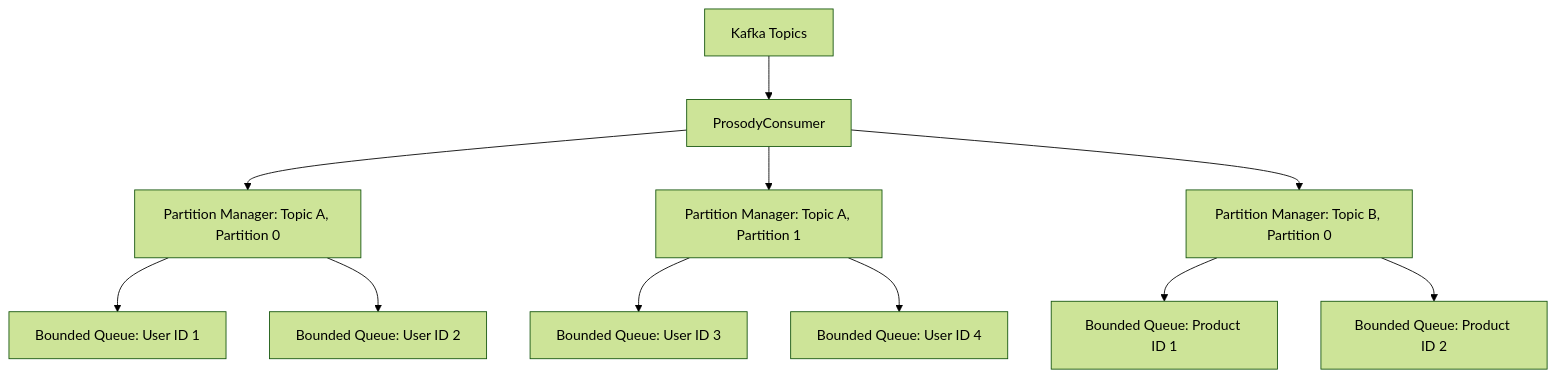
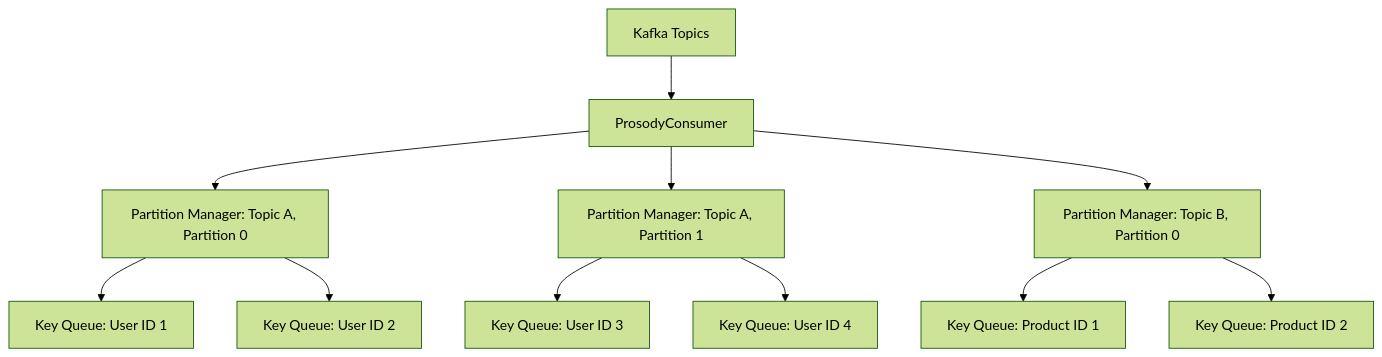
The first of 3 diagrams in README.md (prosody-events/prosody), drawn with Mermaid (forest theme) before and after one commit. The commit also changed other lines of this file and 11 other files, not shown here.

````diff
--- a/README.md
+++ b/README.md
@@ -503,13 +502,13 @@
 ```mermaid
 graph TD
     A[Kafka Topics] --> B[ProsodyConsumer]
     B --> C[Partition Manager: Topic A, Partition 0]
     B --> D[Partition Manager: Topic A, Partition 1]
     B --> E[Partition Manager: Topic B, Partition 0]
-    C --> F[Bounded Queue: User ID 1]
-    C --> G[Bounded Queue: User ID 2]
-    D --> H[Bounded Queue: User ID 3]
-    D --> I[Bounded Queue: User ID 4]
-    E --> J[Bounded Queue: Product ID 1]
-    E --> K[Bounded Queue: Product ID 2]
+    C --> F[Key Queue: User ID 1]
+    C --> G[Key Queue: User ID 2]
+    D --> H[Key Queue: User ID 3]
+    D --> I[Key Queue: User ID 4]
+    E --> J[Key Queue: Product ID 1]
+    E --> K[Key Queue: Product ID 2]
 ```
````
